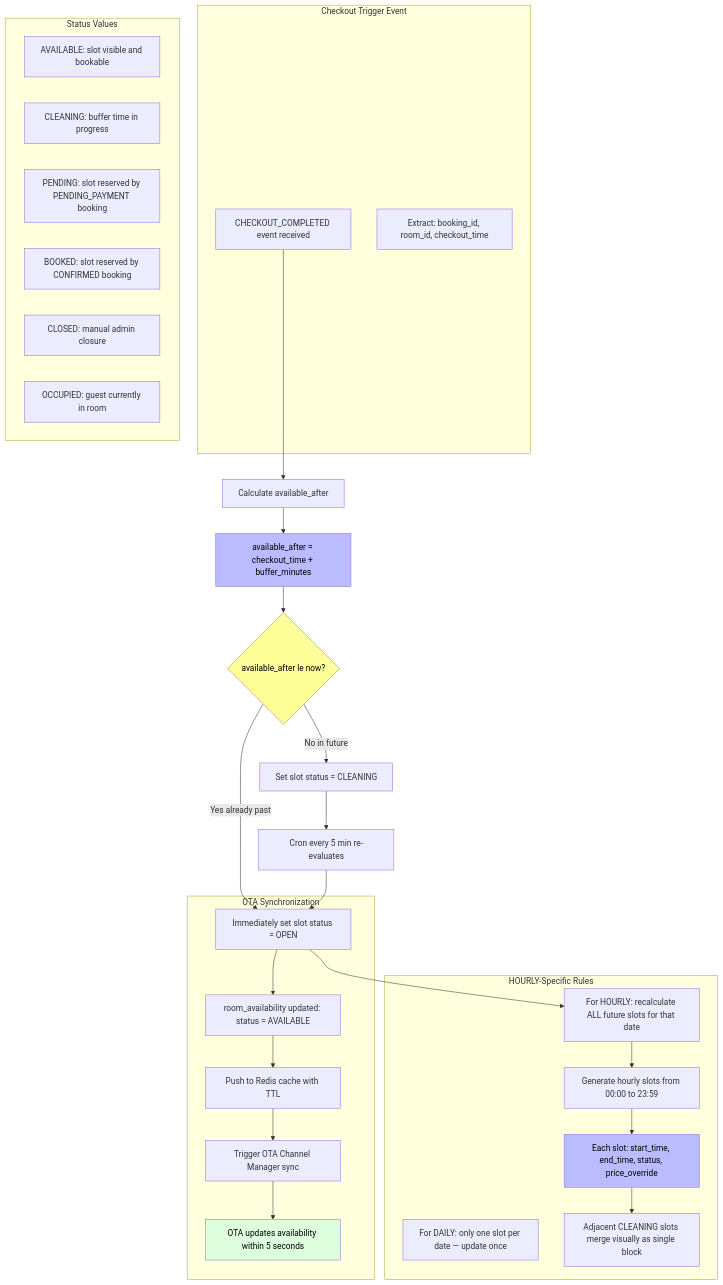
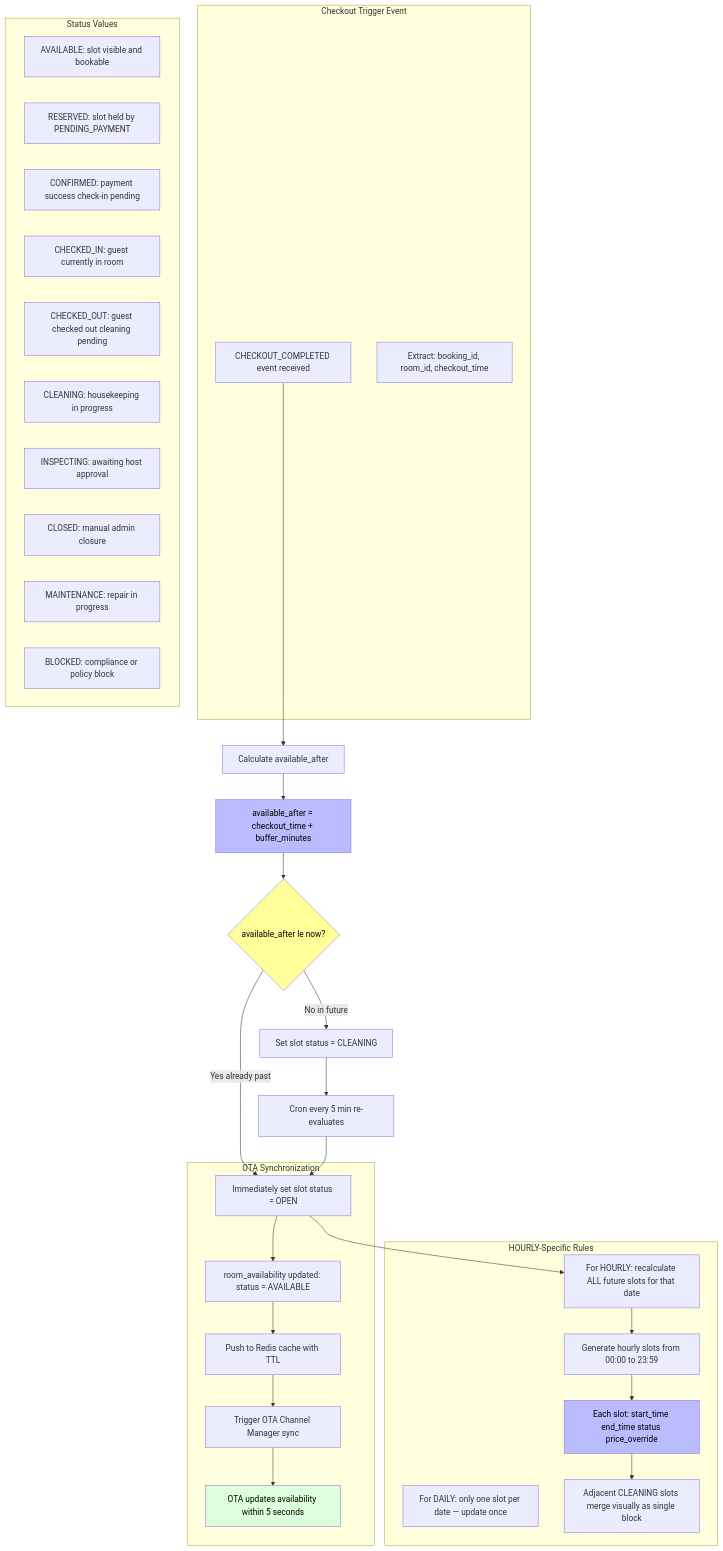
Before and after one commit to PhamVietHoangFPT/databaseHomi: diagram 17 of 41 in Mermaid.md, drawn with Mermaid. The commit also changed other lines of this file and 3 other files, not shown here.

````diff
--- a/Mermaid.md
+++ b/Mermaid.md
@@ -592,48 +607,52 @@
 ```mermaid
 flowchart TD
     subgraph CheckoutTrigger[Checkout Trigger Event]
         T1[CHECKOUT_COMPLETED event received]
         T2[Extract: booking_id, room_id, checkout_time]
     end
 
     T1 --> S1[Calculate available_after]
     S1 --> S2[available_after = checkout_time + buffer_minutes]
 
     S2 --> S3{available_after le now?}
 
     S3 -->|Yes already past| S4[Immediately set slot status = OPEN]
     S3 -->|No in future| S5[Set slot status = CLEANING]
     S5 --> SCHED[Cron every 5 min re-evaluates]
 
     subgraph StatusEnum[Status Values]
         ST1[AVAILABLE: slot visible and bookable]
-        ST2[CLEANING: buffer time in progress]
-        ST3[PENDING: slot reserved by PENDING_PAYMENT booking]
-        ST4[BOOKED: slot reserved by CONFIRMED booking]
-        ST5[CLOSED: manual admin closure]
-        ST6[OCCUPIED: guest currently in room]
+        ST2[RESERVED: slot held by PENDING_PAYMENT]
+        ST3[CONFIRMED: payment success check-in pending]
+        ST4[CHECKED_IN: guest currently in room]
+        ST5[CHECKED_OUT: guest checked out cleaning pending]
+        ST6[CLEANING: housekeeping in progress]
+        ST7[INSPECTING: awaiting host approval]
+        ST8[CLOSED: manual admin closure]
+        ST9[MAINTENANCE: repair in progress]
+        ST10[BLOCKED: compliance or policy block]
     end
 
     subgraph HOURLYSpecial[HOURLY-Specific Rules]
         H1[For HOURLY: recalculate ALL future slots for that date]
         H2[For DAILY: only one slot per date — update once]
         H1 --> H3[Generate hourly slots from 00:00 to 23:59]
-        H3 --> H4[Each slot: start_time, end_time, status, price_override]
+        H3 --> H4[Each slot: start_time end_time status price_override]
         H4 --> H5[Adjacent CLEANING slots merge visually as single block]
     end
 
     S4 --> H1
     SCHED --> S4
 
     subgraph OTAPush[OTA Synchronization]
         S4 --> O1[room_availability updated: status = AVAILABLE]
         O1 --> O2[Push to Redis cache with TTL]
         O2 --> O3[Trigger OTA Channel Manager sync]
         O3 --> O4[OTA updates availability within 5 seconds]
     end
 
     style S2 fill:#bbf,color:#000
     style S3 fill:#ff9,color:#000
     style H4 fill:#bbf,color:#000
     style O4 fill:#dfd,color:#000
 ```
````
